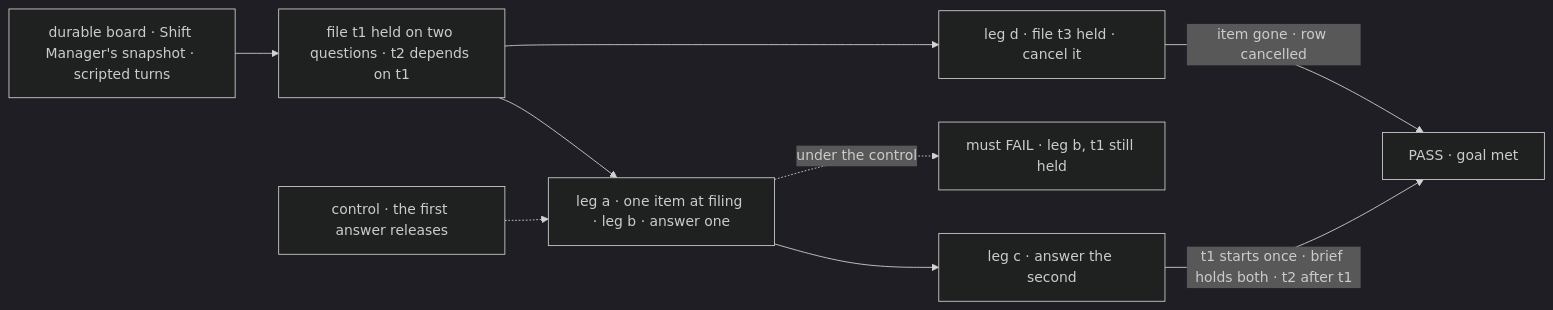
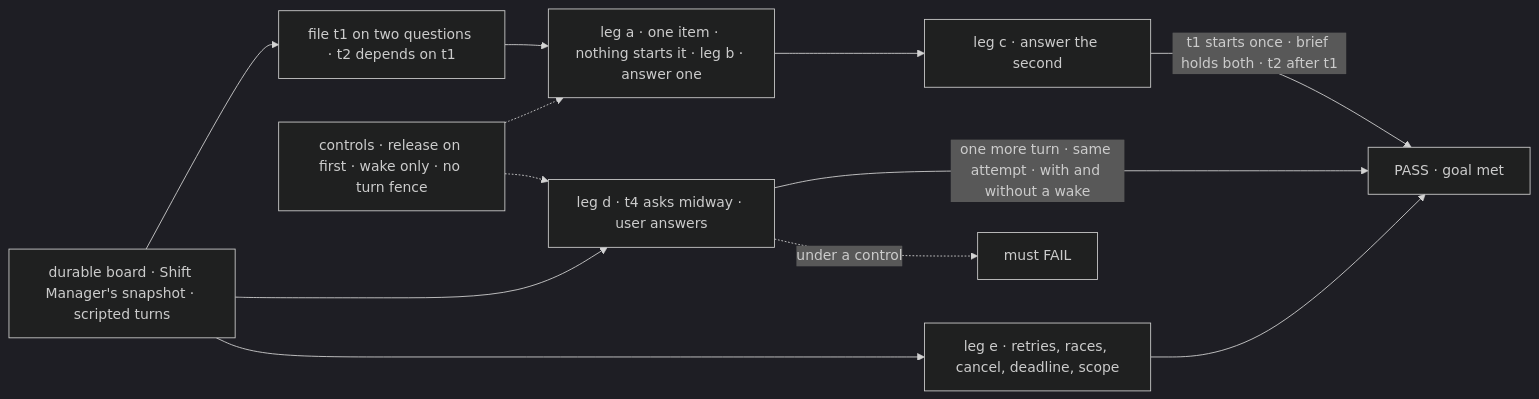
Before and after one commit to fixpoint-labs/flow-state-dev: the first of 2 diagrams in specs/issues/FIX-2133/SPEC.md, drawn with Mermaid (dark theme). The commit also changed other lines of this file and 5 other files, not shown here.

First line of the commit message:
spec(FIX-2133): re-spec to own the one hold, before the start and midway

````diff
--- a/specs/issues/FIX-2133/SPEC.md
+++ b/specs/issues/FIX-2133/SPEC.md
@@ -30,11 +30,14 @@
 ```mermaid
 flowchart LR
-  H["durable board · Shift Manager's snapshot · scripted turns"] --> F["file t1 held on two questions · t2 depends on t1"]
-  F --> A["leg a · one item at filing · leg b · answer one"]
+  H["durable board · Shift Manager's snapshot · scripted turns"] --> F["file t1 on two questions · t2 depends on t1"]
+  F --> A["leg a · one item · nothing starts it · leg b · answer one"]
   A --> B["leg c · answer the second"]
-  F --> K["leg d · file t3 held · cancel it"]
+  H --> M["leg d · t4 asks midway · user answers"]
+  H --> E["leg e · retries, races, cancel, deadline, scope"]
   B -->|"t1 starts once · brief holds both · t2 after t1"| P["PASS · goal met"]
-  K -->|"item gone · row cancelled"| P
-  C["control · the first answer releases"] -.-> A
-  A -.->|"under the control"| X["must FAIL · leg b, t1 still held"]
+  M -->|"one more turn · same attempt · with and without a wake"| P
+  E --> P
+  C["controls · release on first · wake only · no turn fence"] -.-> A
+  C -.-> M
+  M -.->|"under a control"| X["must FAIL"]
 ```
````
